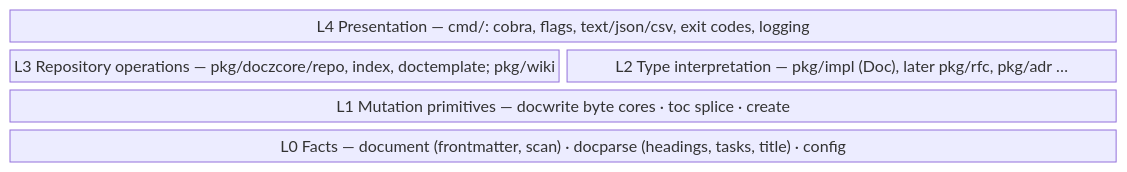
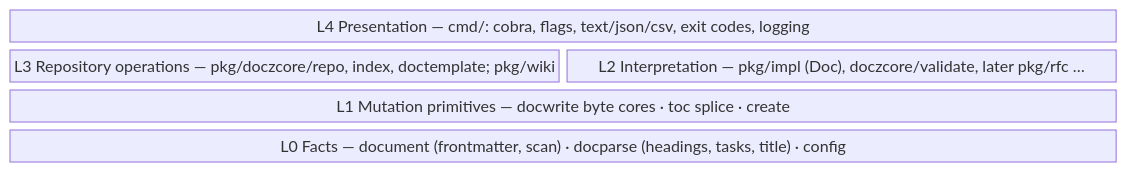
One commit to donaldgifford/docz changed the first of 3 diagrams in docs/adr/0002-docz-is-an-api-package-whose-first-consumer-is-the-cli.md. Above: the diagram before and after it, drawn with Mermaid. The commit also changed other lines of this file and 3 other files, not shown here.

````diff
--- a/docs/adr/0002-docz-is-an-api-package-whose-first-consumer-is-the-cli.md
+++ b/docs/adr/0002-docz-is-an-api-package-whose-first-consumer-is-the-cli.md
@@ -96,9 +96,9 @@
    ```mermaid
    block-beta
      columns 2
      L4["L4 Presentation — cmd/: cobra, flags, text/json/csv, exit codes, logging"]:2
      L3["L3 Repository operations — pkg/doczcore/repo, index, doctemplate; pkg/wiki"]
-     L2["L2 Type interpretation — pkg/impl (Doc), later pkg/rfc, pkg/adr …"]
+     L2["L2 Interpretation — pkg/impl (Doc), doczcore/validate, later pkg/rfc …"]
      L1["L1 Mutation primitives — docwrite byte cores · toc splice · create"]:2
      L0["L0 Facts — document (frontmatter, scan) · docparse (headings, tasks, title) · config"]:2
    ```
````
